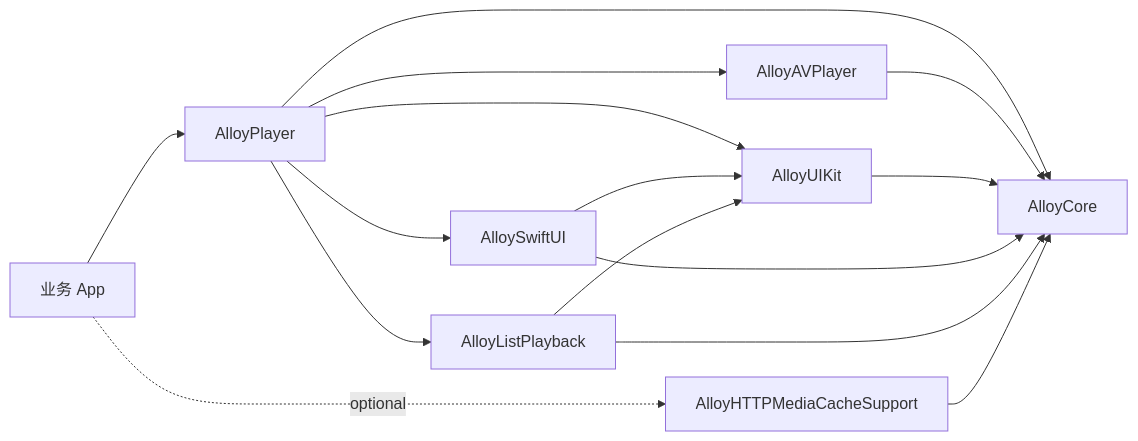
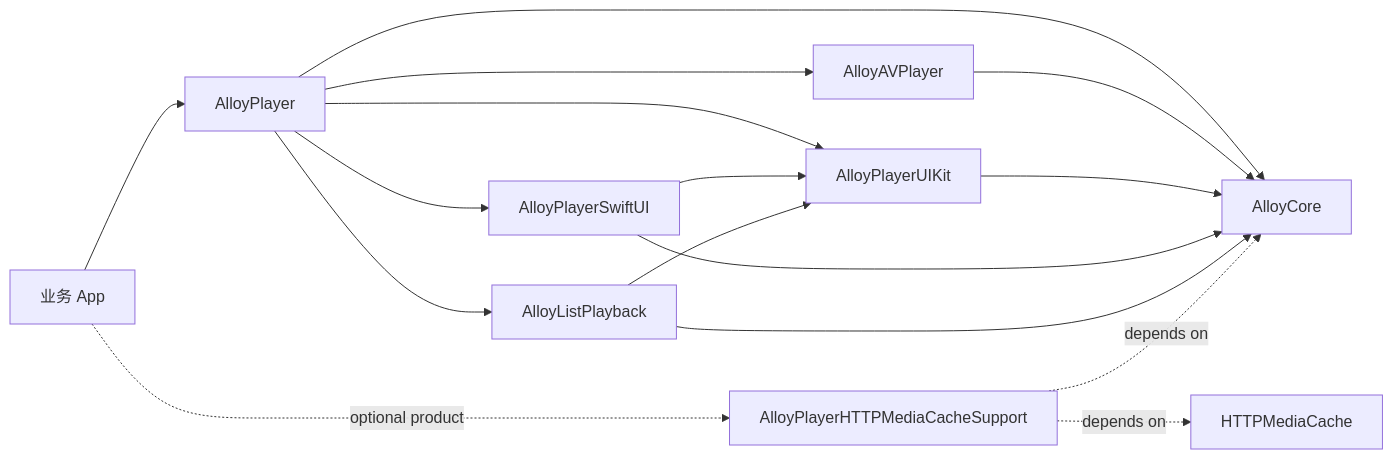
The diagram in docs/architecture.md (sunimp/AlloyPlayer), drawn with Mermaid before and after one commit. The commit also changed other lines of this file and 135 other files, not shown here.

````diff
--- a/docs/architecture.md
+++ b/docs/architecture.md
@@ -5,19 +5,20 @@
 ```mermaid
 flowchart LR
     App[业务 App] --> Umbrella[AlloyPlayer]
     Umbrella --> Core[AlloyCore]
     Umbrella --> AV[AlloyAVPlayer]
-    Umbrella --> UIKit[AlloyUIKit]
-    Umbrella --> SwiftUI[AlloySwiftUI]
+    Umbrella --> UIKit[AlloyPlayerUIKit]
+    Umbrella --> SwiftUI[AlloyPlayerSwiftUI]
     Umbrella --> List[AlloyListPlayback]
 
     AV --> Core
     UIKit --> Core
     SwiftUI --> Core
     SwiftUI --> UIKit
     List --> Core
     List --> UIKit
 
-    Cache[AlloyHTTPMediaCacheSupport] --> Core
-    App -. optional .-> Cache
+    App -. optional product .-> Cache[AlloyPlayerHTTPMediaCacheSupport]
+    Cache -. depends on .-> Core
+    Cache -. depends on .-> HTTPMediaCache[HTTPMediaCache]
 ```
````
